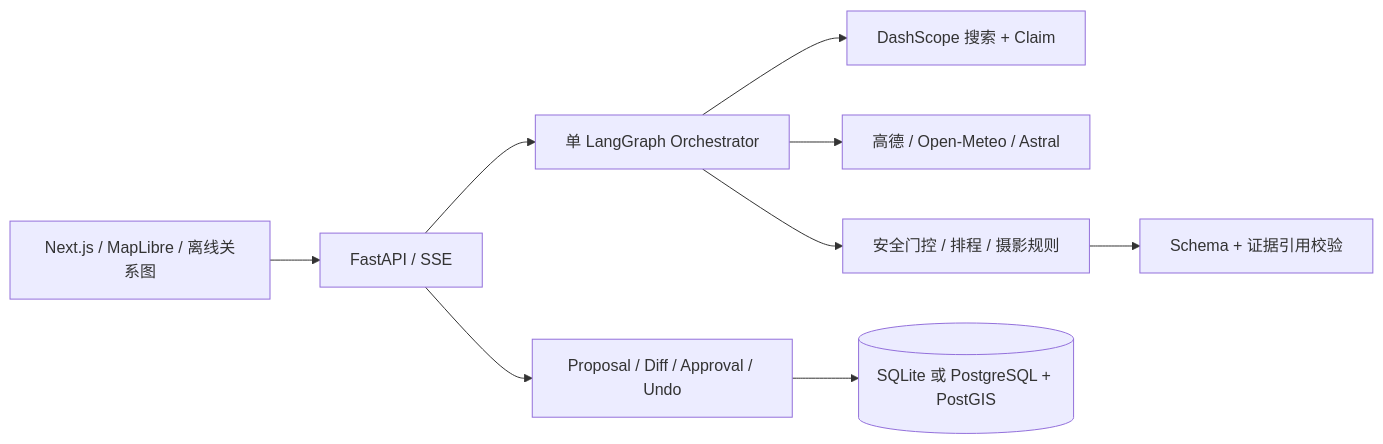
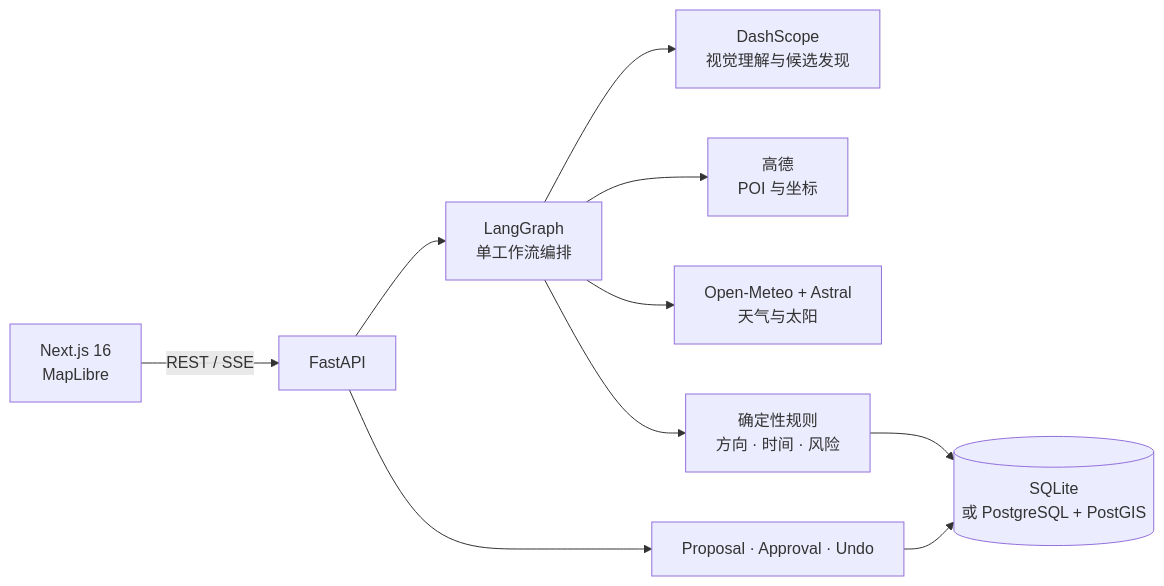
One commit to sheep1116/PhotoScout-Agent changed the second of 2 diagrams in README.md. Above: the diagram before and after it, drawn with Mermaid. The commit also changed other lines of this file and 6 other files, not shown here.

````diff
--- a/README.md
+++ b/README.md
@@ -128,11 +158,12 @@
 ```mermaid
 flowchart LR
-  UI[Next.js / MapLibre / 离线关系图] --> API[FastAPI / SSE]
-  API --> G[单 LangGraph Orchestrator]
-  G --> S[DashScope 搜索 + Claim]
-  G --> T[高德 / Open-Meteo / Astral]
-  G --> R[安全门控 / 排程 / 摄影规则]
-  R --> V[Schema + 证据引用校验]
-  API --> P[Proposal / Diff / Approval / Undo]
-  P --> DB[(SQLite 或 PostgreSQL + PostGIS)]
+  UI[Next.js 16<br/>MapLibre] -->|REST / SSE| API[FastAPI]
+  API --> GRAPH[LangGraph<br/>单工作流编排]
+  GRAPH --> AI[DashScope<br/>视觉理解与候选发现]
+  GRAPH --> GEO[高德<br/>POI 与坐标]
+  GRAPH --> ENV[Open-Meteo + Astral<br/>天气与太阳]
+  GRAPH --> RULES[确定性规则<br/>方向 · 时间 · 风险]
+  RULES --> STORE[(SQLite<br/>或 PostgreSQL + PostGIS)]
+  API --> CHANGE[Proposal · Approval · Undo]
+  CHANGE --> STORE
 ```
````
